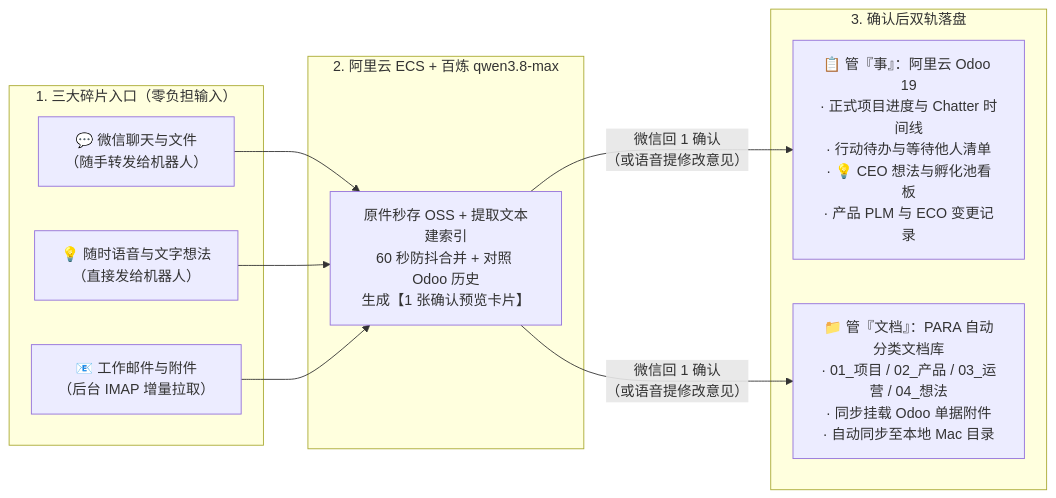
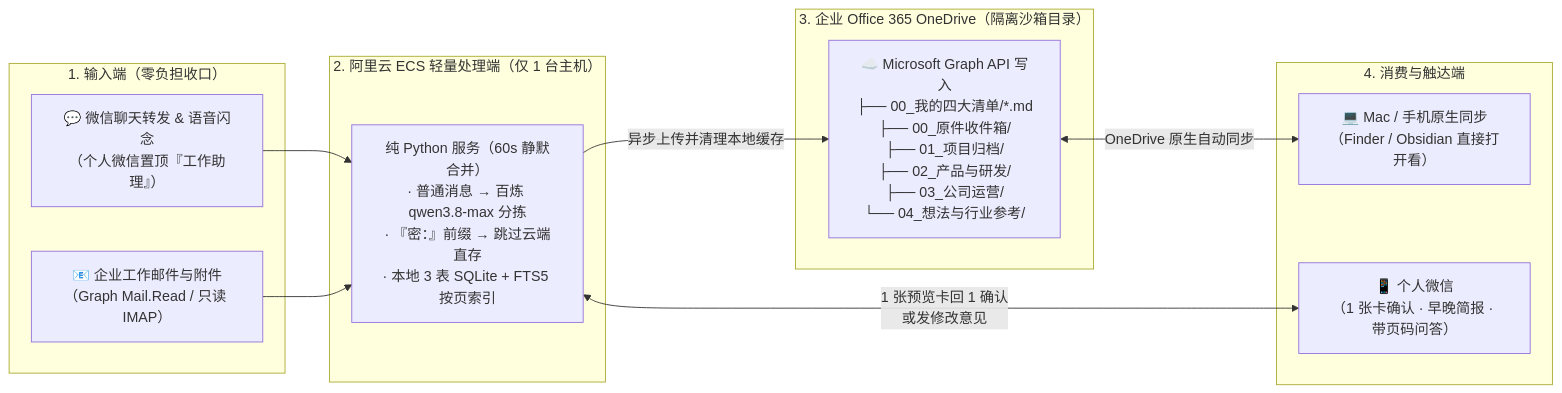
Before and after one commit to JohnWissentek/agentic_learning: the diagram in wechat_AI_assistant/README.md, drawn with Mermaid. The commit also changed other lines of this file and 5 other files, not shown here.

````diff
--- a/wechat_AI_assistant/README.md
+++ b/wechat_AI_assistant/README.md
@@ -26,20 +27,25 @@
 ```mermaid
 flowchart LR
-    subgraph IN["1. 三大碎片入口（零负担输入）"]
-        WX["💬 微信聊天与文件<br/>（随手转发给机器人）"]
-        IDEA["💡 随时语音与文字想法<br/>（直接发给机器人）"]
-        MAIL["📧 工作邮件与附件<br/>（后台 IMAP 增量拉取）"]
+    subgraph IN["1. 输入端（零负担收口）"]
+        WX["💬 微信聊天转发 & 语音闪念<br/>（个人微信置顶『工作助理』）"]
+        MAIL["📧 企业工作邮件与附件<br/>（Graph Mail.Read / 只读 IMAP）"]
     end
 
-    subgraph AI["2. 阿里云 ECS + 百炼 qwen3.8-max"]
-        GATE["原件秒存 OSS + 提取文本建索引<br/>60 秒防抖合并 + 对照 Odoo 历史<br/>生成【1 张确认预览卡片】"]
+    subgraph ECS["2. 阿里云 ECS 轻量处理端（仅 1 台主机）"]
+        APP["纯 Python 服务（60s 静默合并）<br/>· 普通消息 → 百炼 qwen3.8-max 分拣<br/>· 『密：』前缀 → 跳过云端直存<br/>· 本地 3 表 SQLite + FTS5 按页索引"]
     end
 
-    subgraph OUT["3. 确认后双轨落盘"]
-        ODOO["📋 管『事』：阿里云 Odoo 19<br/>· 正式项目进度与 Chatter 时间线<br/>· 行动待办与等待他人清单<br/>· 💡 CEO 想法与孵化池看板<br/>· 产品 PLM 与 ECO 变更记录"]
-        DOC["📁 管『文档』：PARA 自动分类文档库<br/>· 01_项目 / 02_产品 / 03_运营 / 04_想法<br/>· 同步挂载 Odoo 单据附件<br/>· 自动同步至本地 Mac 目录"]
+    subgraph OD["3. 企业 Office 365 OneDrive（隔离沙箱目录）"]
+        FILES["☁️ Microsoft Graph API 写入<br/>├── 00_我的四大清单/*.md<br/>├── 00_原件收件箱/<br/>├── 01_项目归档/<br/>├── 02_产品与研发/<br/>├── 03_公司运营/<br/>└── 04_想法与行业参考/"]
     end
 
-    WX & IDEA & MAIL --> GATE
-    GATE -->|"微信回 1 确认<br/>（或语音提修改意见）"| ODOO & DOC
+    subgraph OUT["4. 消费与触达端"]
+        MAC["💻 Mac / 手机原生同步<br/>（Finder / Obsidian 直接打开看）"]
+        WX_OUT["📱 个人微信<br/>（1 张卡确认 · 早晚简报 · 带页码问答）"]
+    end
+
+    WX & MAIL --> APP
+    APP <-->|"1 张预览卡回 1 确认<br/>或发修改意见"| WX_OUT
+    APP -->|"异步上传并清理本地缓存"| FILES
+    FILES <-->|"OneDrive 原生自动同步"| MAC
 ```
````
